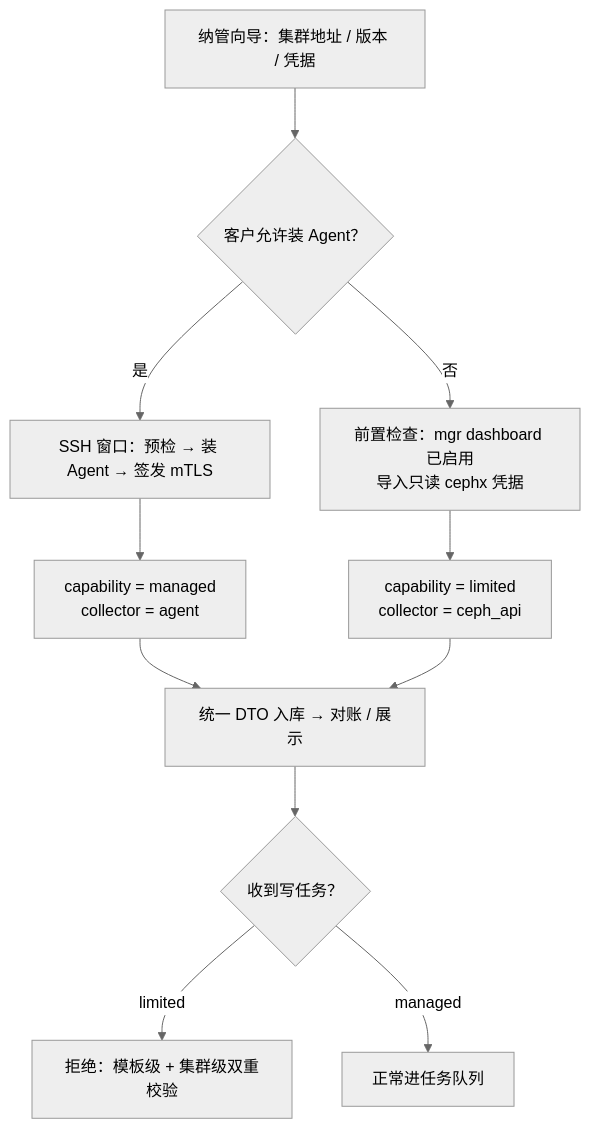
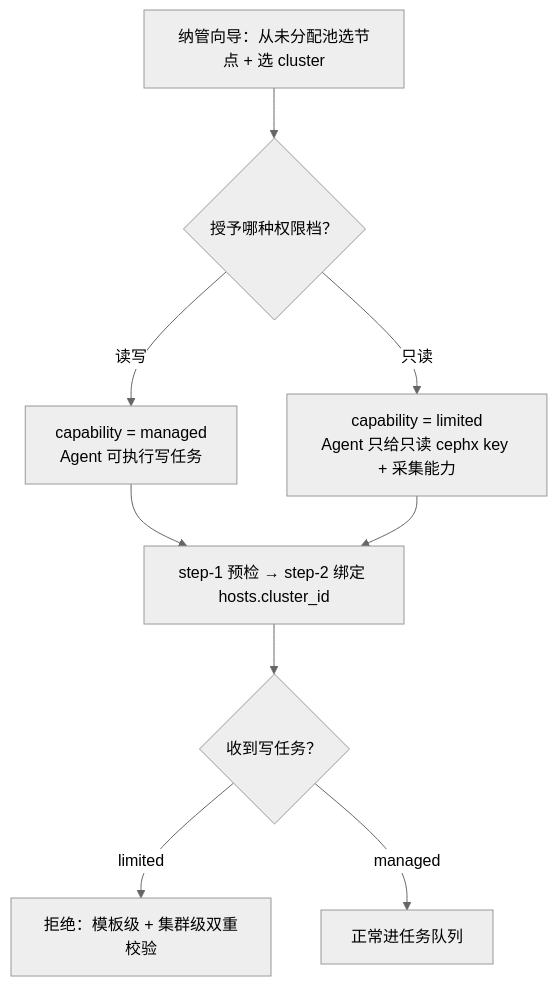
One commit to lnsyyj/winter changed the sixth of 10 diagrams in docs/02-研发线/04-架构师/架构设计-Ceph管理平台.md. Above: the diagram before and after it, drawn with Mermaid (neutral theme). The commit also changed other lines of this file and 17 other files, not shown here.

First line of the commit message:
docs(arch): Server 不再碰 Ceph，Agent 预装、运行期零 SSH（ADR-35）

````diff
--- a/docs/02-研发线/04-架构师/架构设计-Ceph管理平台.md
+++ b/docs/02-研发线/04-架构师/架构设计-Ceph管理平台.md
@@ -326,13 +323,11 @@
 ```mermaid
 flowchart TD
-  A[纳管向导：集群地址 / 版本 / 凭据] --> B{客户允许装 Agent？}
-  B -- 是 --> C[SSH 窗口：预检 → 装 Agent → 签发 mTLS]
-  C --> D[capability = managed<br/>collector = agent]
-  B -- 否 --> E[前置检查：mgr dashboard 已启用<br/>导入只读 cephx 凭据]
-  E --> F[capability = limited<br/>collector = ceph_api]
-  D --> G[统一 DTO 入库 → 对账 / 展示]
-  F --> G
-  G --> H{收到写任务？}
-  H -- limited --> I[拒绝：模板级 + 集群级双重校验]
-  H -- managed --> J[正常进任务队列]
+  A[纳管向导：从未分配池选节点 + 选 cluster] --> B{授予哪种权限档？}
+  B -- "读写" --> C[capability = managed<br/>Agent 可执行写任务]
+  B -- "只读" --> D[capability = limited<br/>Agent 只给只读 cephx key + 采集能力]
+  C --> E[step-1 预检 → step-2 绑定 hosts.cluster_id]
+  D --> E
+  E --> F{收到写任务？}
+  F -- limited --> G[拒绝：模板级 + 集群级双重校验]
+  F -- managed --> H[正常进任务队列]
 ```
````
